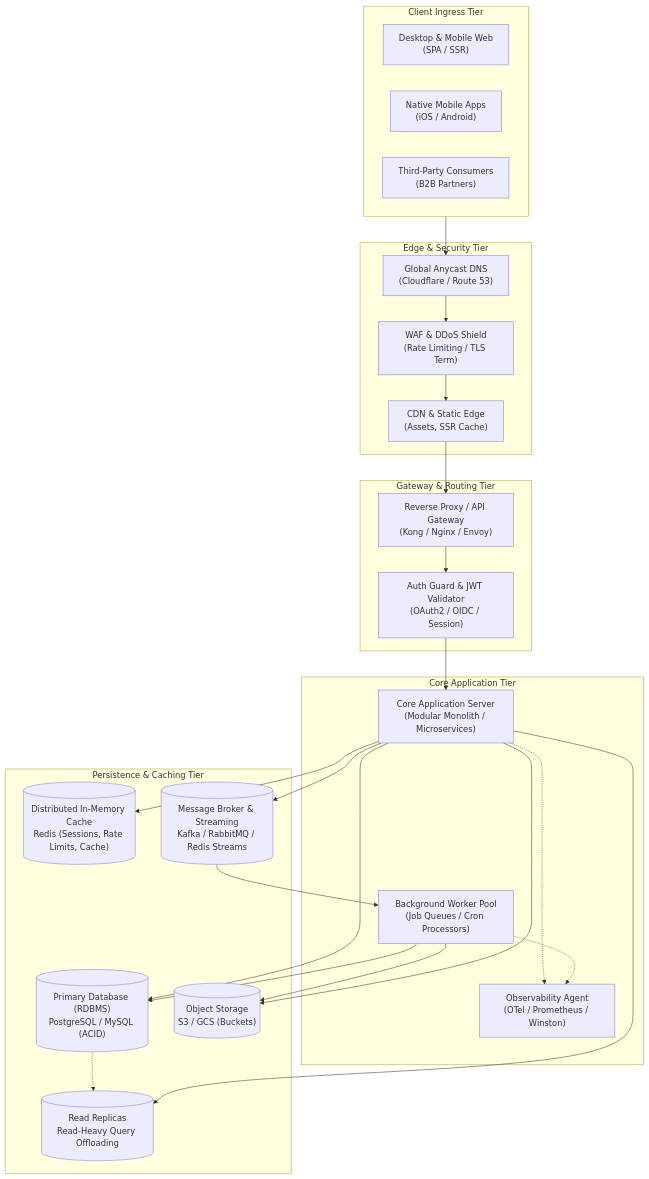
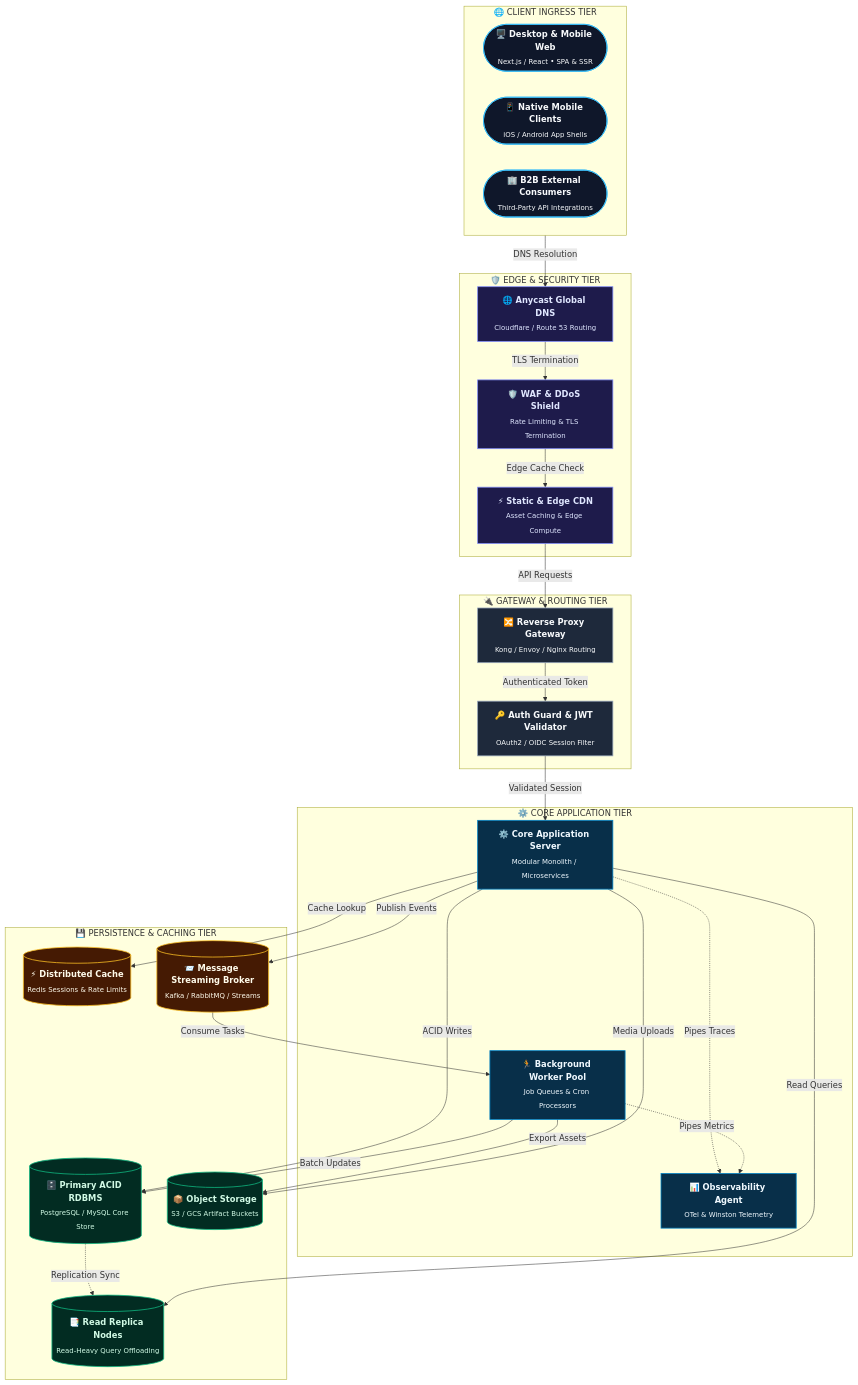
One commit to rmsofficialsyt/Agentic-AI-Vibe-Coding-AND-SDD-TDD-Codebase-Chandan-Adhikary changed the first of 3 diagrams in SDD-TDD-Chandan-Adhikary/Spec-Driven-Development/docs/system-architecture.md. Above: the diagram before and after it, drawn with Mermaid. The commit also changed 14 other files, not shown here.

Commit message:
docs: standardize diagram card sizes, layouts, and UI sizing scale across frameworks

````diff
--- a/SDD-TDD-Chandan-Adhikary/Spec-Driven-Development/docs/system-architecture.md
+++ b/SDD-TDD-Chandan-Adhikary/Spec-Driven-Development/docs/system-architecture.md
@@ -23,54 +23,61 @@
 ```mermaid
 flowchart TD
-    subgraph Clients ["Client Ingress Tier"]
-        Browser["Desktop & Mobile Web<br/>(SPA / SSR)"]
-        MobileApp["Native Mobile Apps<br/>(iOS / Android)"]
-        ExternalAPI["Third-Party Consumers<br/>(B2B Partners)"]
+    classDef client fill:#0f172a,stroke:#38bdf8,stroke-width:1.5px,color:#f8fafc;
+    classDef edge fill:#1e1b4b,stroke:#818cf8,stroke-width:1.5px,color:#e0e7ff;
+    classDef gw fill:#1e293b,stroke:#94a3b8,stroke-width:1.5px,color:#f8fafc;
+    classDef app fill:#082f49,stroke:#0284c7,stroke-width:1.5px,color:#f0f9ff;
+    classDef data fill:#022c22,stroke:#10b981,stroke-width:1.5px,color:#d1fae5;
+    classDef cache fill:#451a03,stroke:#fbbf24,stroke-width:1.5px,color:#fffbeb;
+
+    subgraph Clients ["🌐 CLIENT INGRESS TIER"]
+        Browser(["<b>🖥️ Desktop & Mobile Web</b><br/><sub>Next.js / React • SPA & SSR</sub>"]):::client
+        MobileApp(["<b>📱 Native Mobile Clients</b><br/><sub>iOS / Android App Shells</sub>"]):::client
+        ExternalAPI(["<b>🏢 B2B External Consumers</b><br/><sub>Third-Party API Integrations</sub>"]):::client
     end
 
-    subgraph Edge ["Edge & Security Tier"]
-        DNS["Global Anycast DNS<br/>(Cloudflare / Route 53)"]
-        CDN["CDN & Static Edge<br/>(Assets, SSR Cache)"]
-        WAF["WAF & DDoS Shield<br/>(Rate Limiting / TLS Term)"]
+    subgraph Edge ["🛡️ EDGE & SECURITY TIER"]
+        DNS["<b>🌐 Anycast Global DNS</b><br/><sub>Cloudflare / Route 53 Routing</sub>"]:::edge
+        CDN["<b>⚡ Static & Edge CDN</b><br/><sub>Asset Caching & Edge Compute</sub>"]:::edge
+        WAF["<b>🛡️ WAF & DDoS Shield</b><br/><sub>Rate Limiting & TLS Termination</sub>"]:::edge
     end
 
-    subgraph Gateway ["Gateway & Routing Tier"]
-        APIGateway["Reverse Proxy / API Gateway<br/>(Kong / Nginx / Envoy)"]
-        AuthFilter["Auth Guard & JWT Validator<br/>(OAuth2 / OIDC / Session)"]
+    subgraph Gateway ["🔌 GATEWAY & ROUTING TIER"]
+        APIGateway["<b>🔀 Reverse Proxy Gateway</b><br/><sub>Kong / Envoy / Nginx Routing</sub>"]:::gw
+        AuthFilter["<b>🔑 Auth Guard & JWT Validator</b><br/><sub>OAuth2 / OIDC Session Filter</sub>"]:::gw
     end
 
-    subgraph AppTier ["Core Application Tier"]
-        CoreService["Core Application Server<br/>(Modular Monolith / Microservices)"]
-        AsyncWorker["Background Worker Pool<br/>(Job Queues / Cron Processors)"]
-        Telemetry["Observability Agent<br/>(OTel / Prometheus / Winston)"]
+    subgraph AppTier ["⚙️ CORE APPLICATION TIER"]
+        CoreService["<b>⚙️ Core Application Server</b><br/><sub>Modular Monolith / Microservices</sub>"]:::app
+        AsyncWorker["<b>🏃 Background Worker Pool</b><br/><sub>Job Queues & Cron Processors</sub>"]:::app
+        Telemetry["<b>📊 Observability Agent</b><br/><sub>OTel & Winston Telemetry</sub>"]:::app
     end
 
-    subgraph DataTier ["Persistence & Caching Tier"]
-        PrimaryDB[("Primary Database (RDBMS)<br/>PostgreSQL / MySQL (ACID)")]
-        ReadReplica[("Read Replicas<br/>Read-Heavy Query Offloading")]
-        RedisCache[("Distributed In-Memory Cache<br/>Redis (Sessions, Rate Limits, Cache)")]
-        MsgQueue[("Message Broker & Streaming<br/>Kafka / RabbitMQ / Redis Streams")]
-        BlobStore[("Object Storage<br/>S3 / GCS (Buckets)")]
+    subgraph DataTier ["💾 PERSISTENCE & CACHING TIER"]
+        PrimaryDB[("<b>🗄️ Primary ACID RDBMS</b><br/><sub>PostgreSQL / MySQL Core Store</sub>")]:::data
+        ReadReplica[("<b>📑 Read Replica Nodes</b><br/><sub>Read-Heavy Query Offloading</sub>")]:::data
+        RedisCache[("<b>⚡ Distributed Cache</b><br/><sub>Redis Sessions & Rate Limits</sub>")]:::cache
+        MsgQueue[("<b>📨 Message Streaming Broker</b><br/><sub>Kafka / RabbitMQ / Streams</sub>")]:::cache
+        BlobStore[("<b>📦 Object Storage</b><br/><sub>S3 / GCS Artifact Buckets</sub>")]:::data
     end
 
-    Clients --> DNS
-    DNS --> WAF
-    WAF --> CDN
-    CDN --> APIGateway
-    APIGateway --> AuthFilter
-    AuthFilter --> CoreService
+    Clients -->|"DNS Resolution"| DNS
+    DNS -->|"TLS Termination"| WAF
+    WAF -->|"Edge Cache Check"| CDN
+    CDN -->|"API Requests"| APIGateway
+    APIGateway -->|"Authenticated Token"| AuthFilter
+    AuthFilter -->|"Validated Session"| CoreService
 
-    CoreService --> PrimaryDB
-    PrimaryDB -.-> ReadReplica
-    CoreService --> ReadReplica
-    CoreService --> RedisCache
-    CoreService --> MsgQueue
+    CoreService -->|"ACID Writes"| PrimaryDB
+    PrimaryDB -.->|"Replication Sync"| ReadReplica
+    CoreService -->|"Read Queries"| ReadReplica
+    CoreService -->|"Cache Lookup"| RedisCache
+    CoreService -->|"Publish Events"| MsgQueue
 
-    MsgQueue --> AsyncWorker
-    AsyncWorker --> PrimaryDB
-    AsyncWorker --> BlobStore
-    CoreService --> BlobStore
+    MsgQueue -->|"Consume Tasks"| AsyncWorker
+    AsyncWorker -->|"Batch Updates"| PrimaryDB
+    AsyncWorker -->|"Export Assets"| BlobStore
+    CoreService -->|"Media Uploads"| BlobStore
 
-    CoreService -.-> Telemetry
-    AsyncWorker -.-> Telemetry
+    CoreService -.->|"Pipes Traces"| Telemetry
+    AsyncWorker -.->|"Pipes Metrics"| Telemetry
 ```
````
